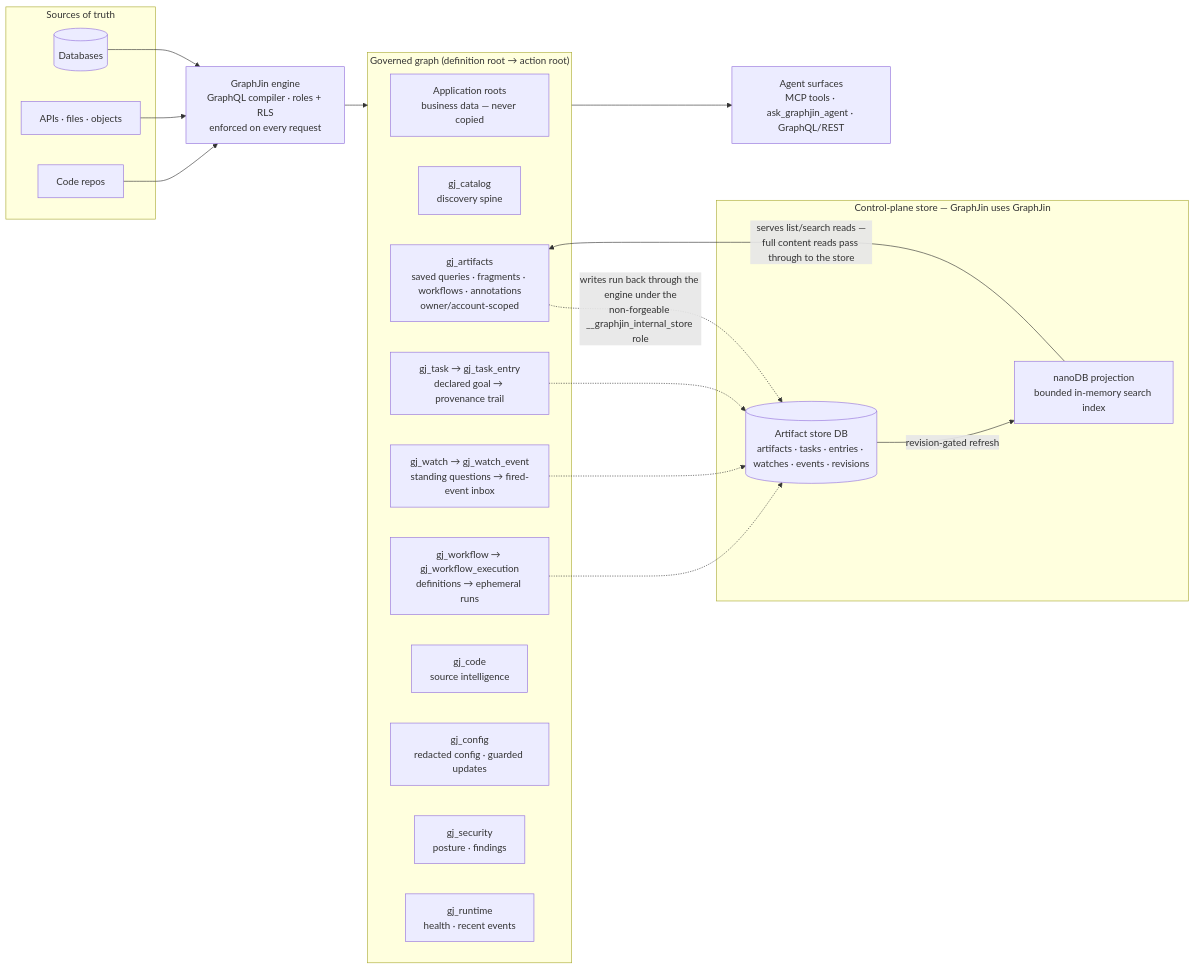
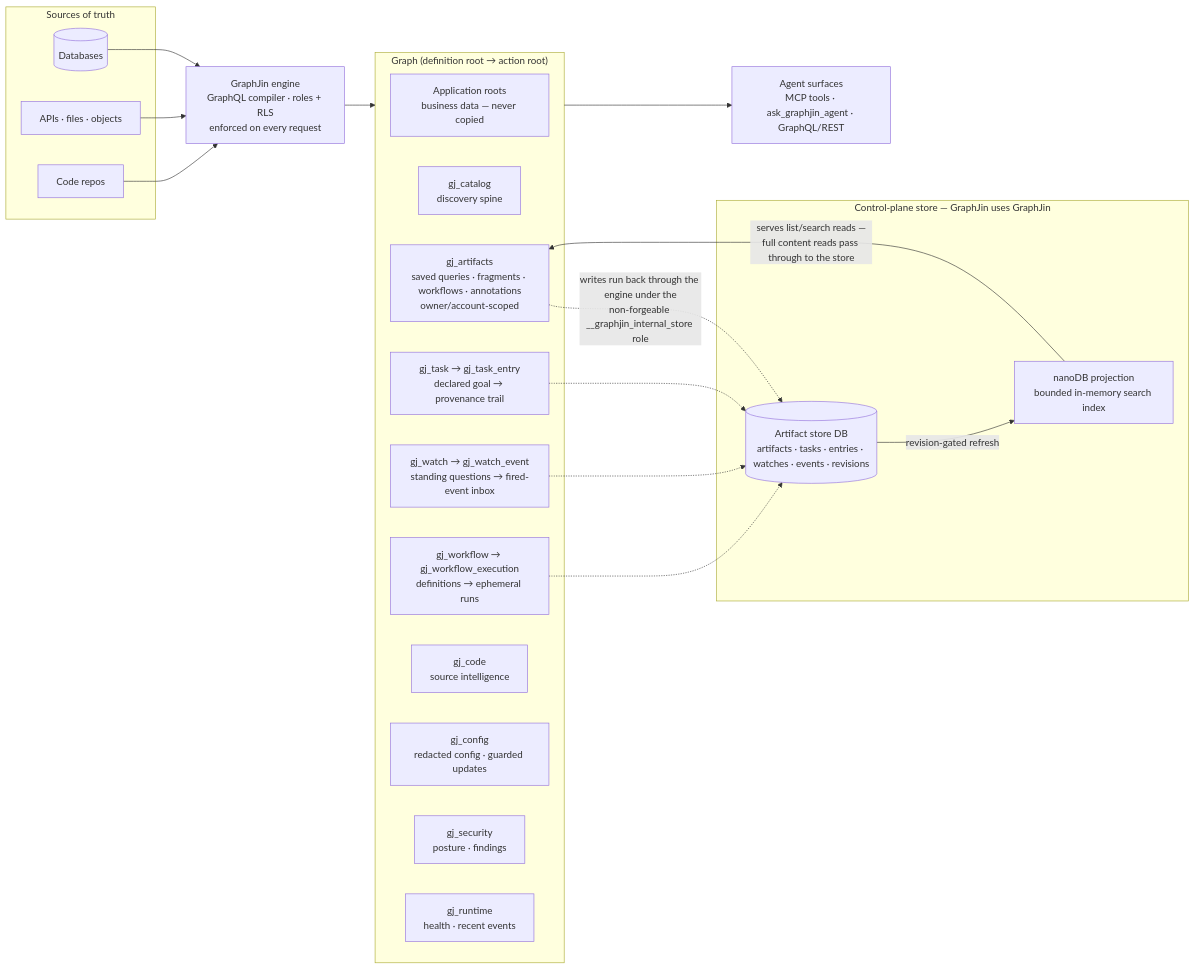
Before and after one commit to dosco/graphjin: the diagram in AGENTIC.md, drawn with Mermaid. The commit also changed other lines of this file and 40 other files, not shown here.

````diff
--- a/AGENTIC.md
+++ b/AGENTIC.md
@@ -621,42 +621,42 @@
 ```mermaid
 flowchart LR
   subgraph SRC["Sources of truth"]
     DBS[("Databases")]
     EXT["APIs · files · objects"]
     REPO["Code repos"]
   end
 
   ENG["GraphJin engine<br/>GraphQL compiler · roles + RLS<br/>enforced on every request"]
 
-  subgraph ROOTS["Governed graph (definition root → action root)"]
+  subgraph ROOTS["Graph (definition root → action root)"]
     APP["Application roots<br/>business data — never copied"]
     CAT["gj_catalog<br/>discovery spine"]
     ART["gj_artifacts<br/>saved queries · fragments · workflows · annotations<br/>owner/account-scoped"]
     TSK["gj_task → gj_task_entry<br/>declared goal → provenance trail"]
     WCH["gj_watch → gj_watch_event<br/>standing questions → fired-event inbox"]
     WFL["gj_workflow → gj_workflow_execution<br/>definitions → ephemeral runs"]
     GCODE["gj_code<br/>source intelligence"]
     CFG["gj_config<br/>redacted config · guarded updates"]
     SEC["gj_security<br/>posture · findings"]
     RUN["gj_runtime<br/>health · recent events"]
   end
 
   subgraph CP["Control-plane store — GraphJin uses GraphJin"]
     STORE[("Artifact store DB<br/>artifacts · tasks · entries · watches · events · revisions")]
     NANO["nanoDB projection<br/>bounded in-memory search index"]
   end
 
   AG["Agent surfaces<br/>MCP tools · ask_graphjin_agent · GraphQL/REST"]
 
   DBS --> ENG
   EXT --> ENG
   REPO --> ENG
   ENG --> ROOTS
   ROOTS --> AG
   ART -. "writes run back through the engine under the<br/>non-forgeable __graphjin_internal_store role" .-> STORE
   TSK -.-> STORE
   WCH -.-> STORE
   WFL -.-> STORE
   STORE -- "revision-gated refresh" --> NANO
   NANO -- "serves list/search reads —<br/>full content reads pass through to the store" --> ART
 ```
````
